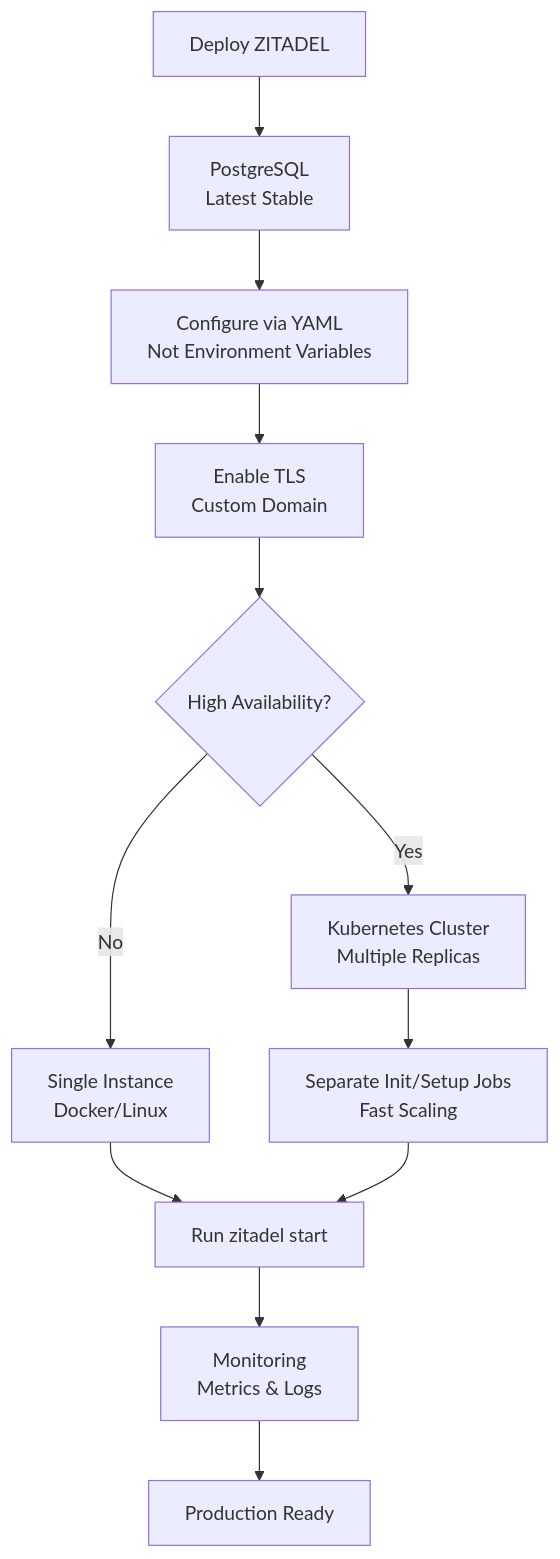
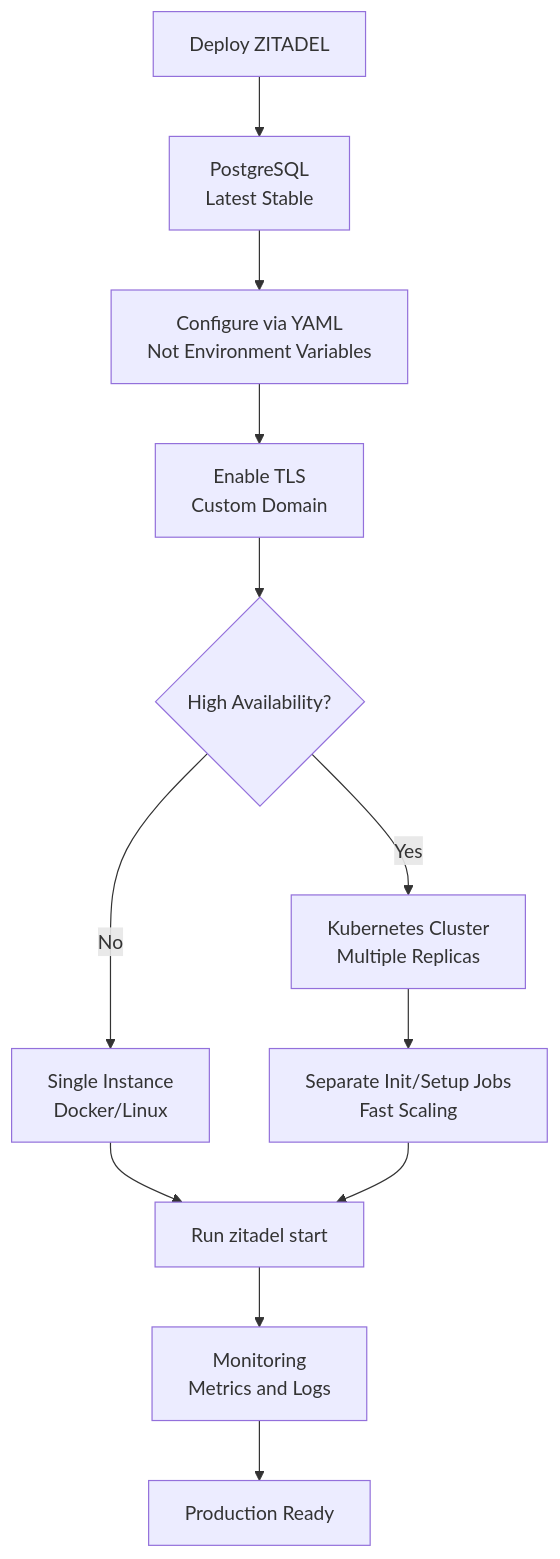
One commit to quochuydev/quochuydev changed the ninth of 12 diagrams in ai/zitadel-overview.md. Above: the diagram before and after it, drawn with Mermaid. The commit also changed other lines of this file, not shown here.

````diff
--- a/ai/zitadel-overview.md
+++ b/ai/zitadel-overview.md
@@ -416,17 +416,17 @@
 ```mermaid
 flowchart TD
     Start[Deploy ZITADEL] --> DB[PostgreSQL<br/>Latest Stable]
     DB --> Config[Configure via YAML<br/>Not Environment Variables]
     Config --> TLS[Enable TLS<br/>Custom Domain]
     TLS --> HA{High Availability?}
 
     HA -->|Yes| K8s[Kubernetes Cluster<br/>Multiple Replicas]
     HA -->|No| Single[Single Instance<br/>Docker/Linux]
 
     K8s --> Jobs[Separate Init/Setup Jobs<br/>Fast Scaling]
     Single --> Runtime[Run zitadel start]
     Jobs --> Runtime
 
-    Runtime --> Monitor[Monitoring<br/>Metrics & Logs]
+    Runtime --> Monitor[Monitoring<br/>Metrics and Logs]
     Monitor --> Done[Production Ready]
 ```
````
